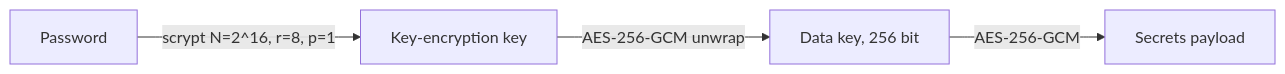
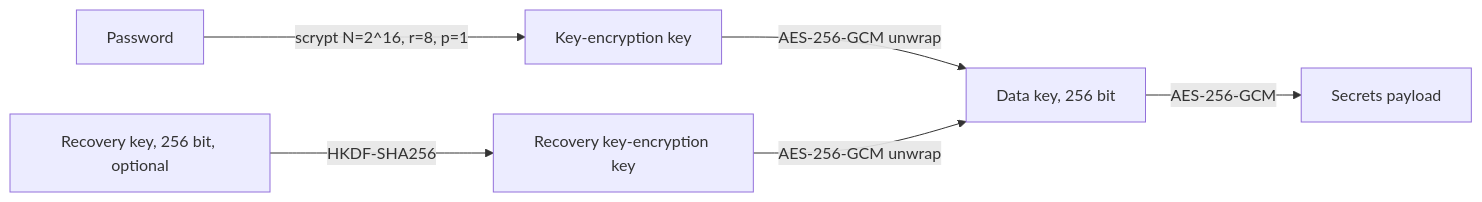
Before and after one commit to sgkens/lazylab: the diagram in docs/src/security.md, drawn with Mermaid. The commit also changed other lines of this file and 14 other files, not shown here.

````diff
--- a/docs/src/security.md
+++ b/docs/src/security.md
@@ -17,6 +17,8 @@
 ```mermaid
 flowchart LR
   P[Password] -->|scrypt N=2^16, r=8, p=1| K[Key-encryption key]
+  R[Recovery key, 256 bit, optional] -->|HKDF-SHA256| KR[Recovery key-encryption key]
   K -->|AES-256-GCM unwrap| D[Data key, 256 bit]
+  KR -->|AES-256-GCM unwrap| D
   D -->|AES-256-GCM| S[Secrets payload]
 ```
````
